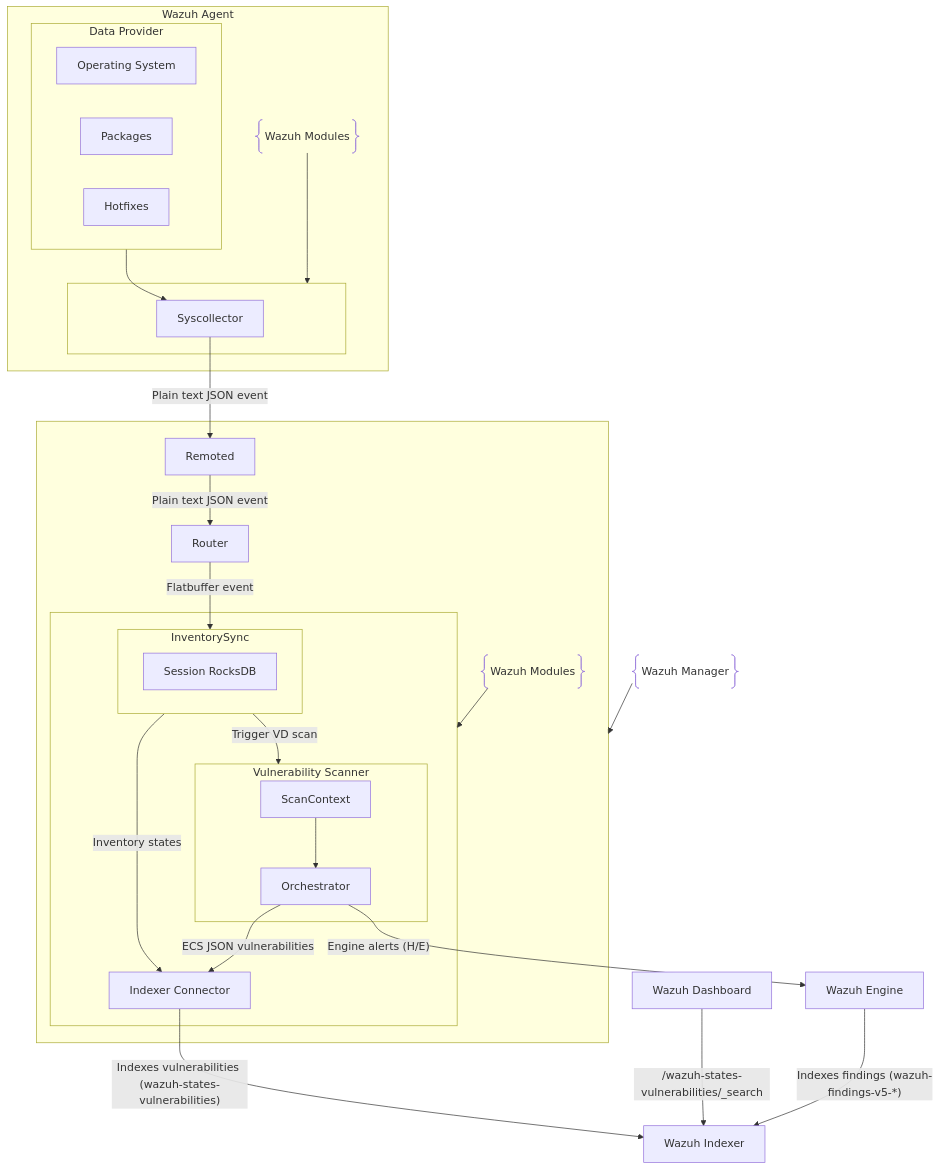
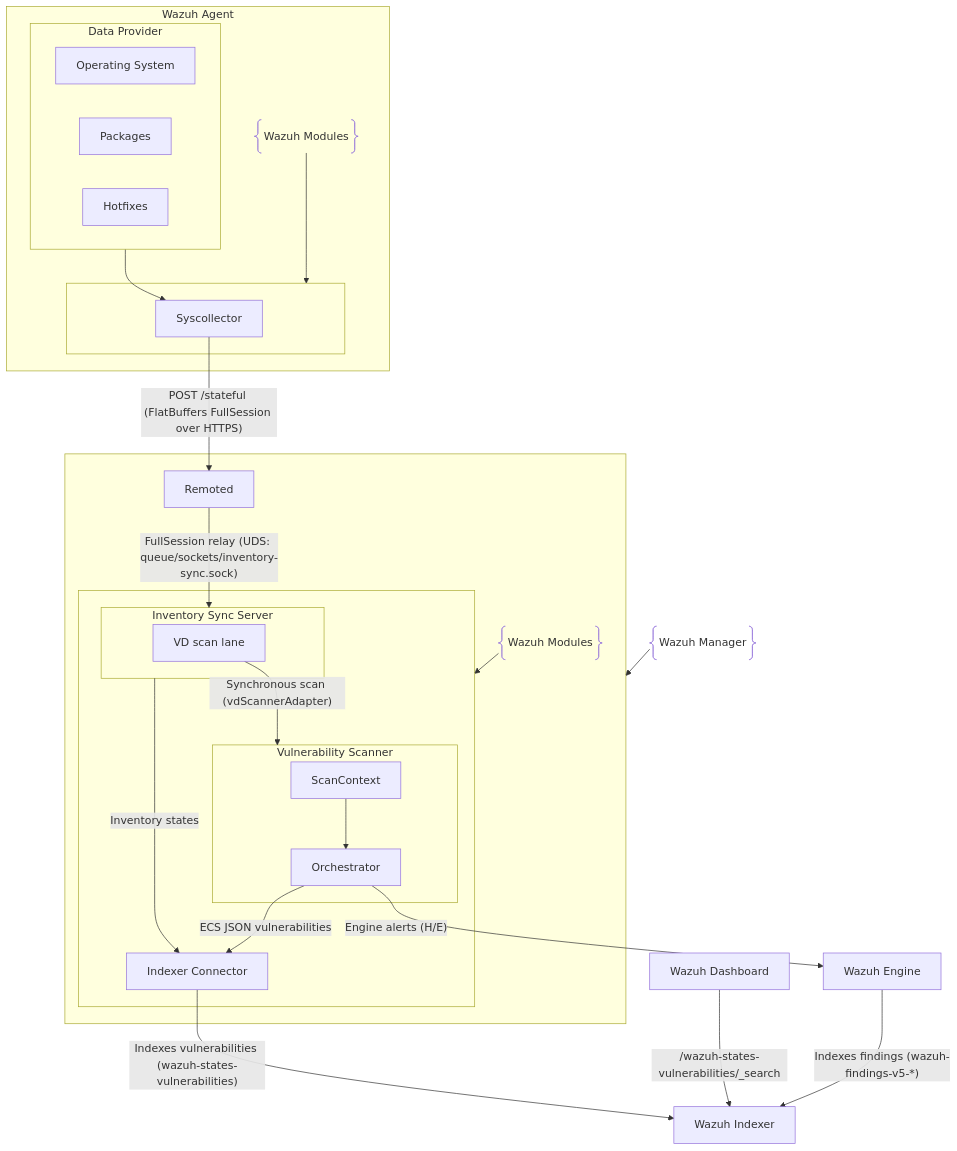
Before and after one commit to wazuh/wazuh: the second of 2 diagrams in docs/ref/modules/vulnerability-scanner/architecture.md, drawn with Mermaid. The commit also changed other lines of this file and 27 other files, not shown here.

Commit message:
feat: Added full documentacion and extras of invenroty sync

````diff
--- a/docs/ref/modules/vulnerability-scanner/architecture.md
+++ b/docs/ref/modules/vulnerability-scanner/architecture.md
@@ -120,45 +120,44 @@
 ```mermaid
 flowchart TD
 
 subgraph WazuhManager[" "]
   Remoted["Remoted"]
   subgraph WazuhModulesM[" "]
-    subgraph InventorySync["InventorySync"]
-      SessionDB["Session RocksDB"]
+    subgraph InventorySyncServer["Inventory Sync Server"]
+      VDLane["VD scan lane"]
     end
     subgraph VulnerabilityScanner["Vulnerability Scanner"]
       ScanContext["ScanContext"]
       Orchestrator["Orchestrator"]
       ScanContext --> Orchestrator
     end
     IndexerConnector["Indexer Connector"]
-    InventorySync -- "Inventory states" --> IndexerConnector
+    InventorySyncServer -- "Inventory states" --> IndexerConnector
     Orchestrator -- "ECS JSON vulnerabilities" --> IndexerConnector
   end
   C@{ shape: braces, label: "Wazuh Modules" } --> WazuhModulesM
-  Remoted -- "Plain text JSON event" --> Router
-  Router -- "Flatbuffer event" --> InventorySync
-  InventorySync -- "Trigger VD scan" --> VulnerabilityScanner
+  Remoted -- "FullSession relay (UDS: queue/sockets/inventory-sync.sock)" --> InventorySyncServer
+  VDLane -- "Synchronous scan (vdScannerAdapter)" --> VulnerabilityScanner
 end
 B@{ shape: braces, label: "Wazuh Manager" } --> WazuhManager
 IndexerConnector -- "Indexes vulnerabilities (wazuh-states-vulnerabilities)" --> WazuhIndexer
 Orchestrator -- "Engine alerts (H/E)" --> WazuhEngine
 subgraph WazuhAgent["Wazuh Agent"]
   subgraph Providers["Data Provider"]
     OS["Operating System"]
     Packages["Packages"]
     Hotfixes["Hotfixes"]
   end
   subgraph WazuhModulesA[" "]
     Syscollector["Syscollector"]
   end
   A@{ shape: braces, label: "Wazuh Modules" } --> WazuhModulesA
-  Syscollector -- "Plain text JSON event" --> Remoted
+  Syscollector -- "POST /stateful (FlatBuffers FullSession over HTTPS)" --> Remoted
 end
 Providers --> Syscollector
 WazuhIndexer["Wazuh Indexer"]
 WazuhEngine["Wazuh Engine"]
 WazuhEngine -- "Indexes findings (wazuh-findings-v5-*)" --> WazuhIndexer
 WazuhDashboard["Wazuh Dashboard"]
 WazuhDashboard -- /wazuh-states-vulnerabilities/_search --> WazuhIndexer
 ```
````
